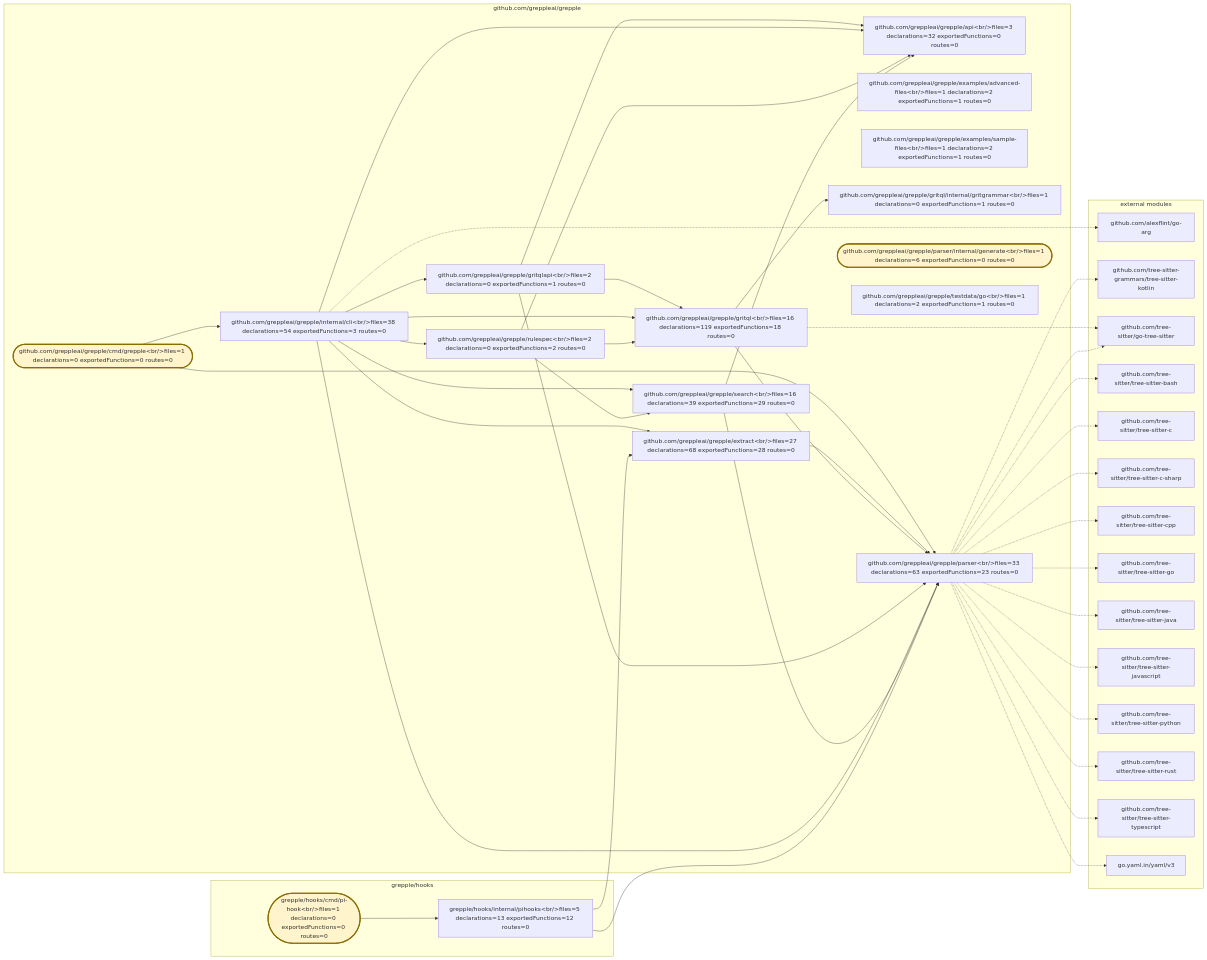
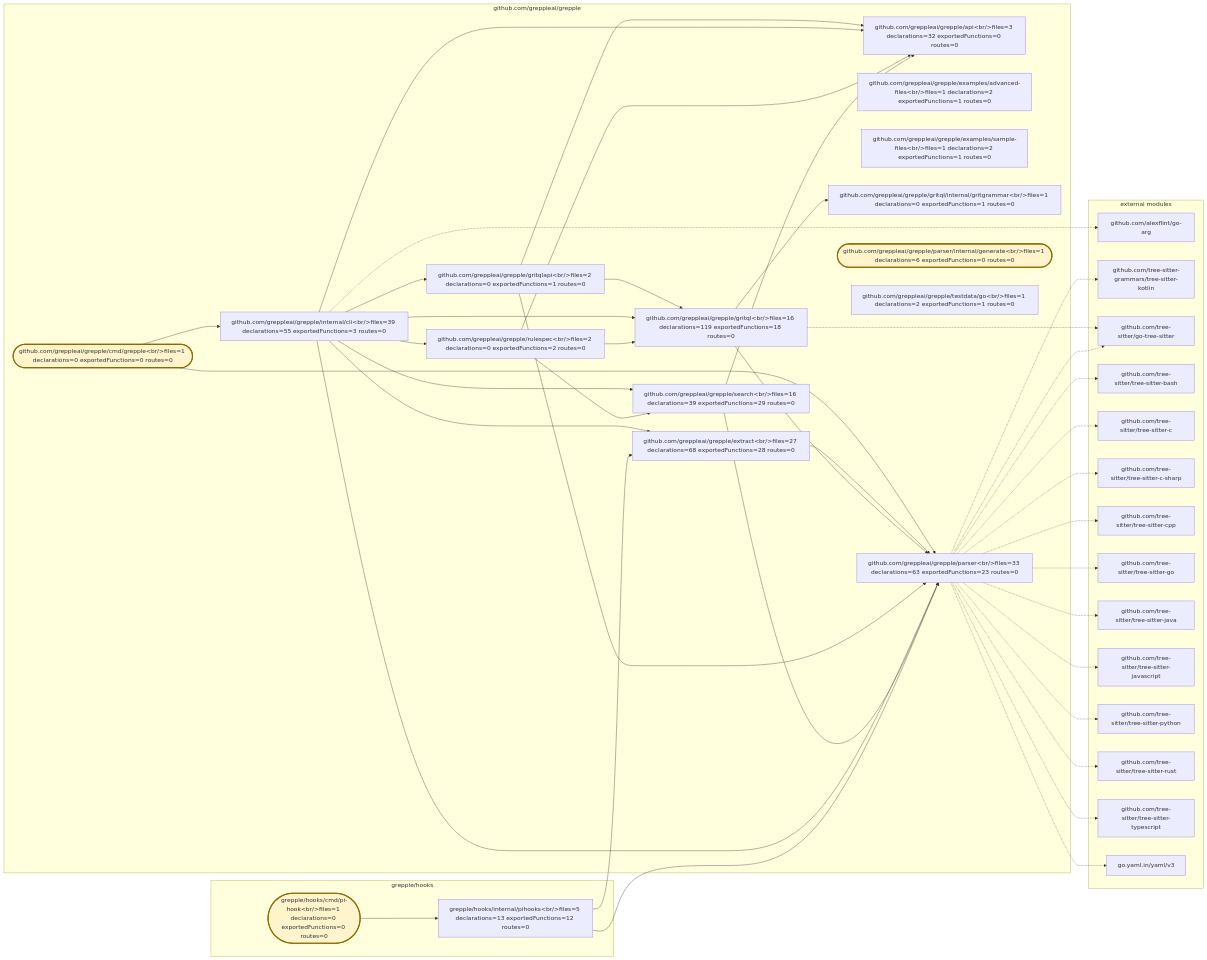
One commit to greppleai/grepple changed the diagram in .grepple/project.workspace/overview.mmd. Above: the diagram before and after it, drawn with Mermaid. The commit also changed 11 other files, not shown here.

```diff
--- a/.grepple/project.workspace/overview.mmd
+++ b/.grepple/project.workspace/overview.mmd
@@ -1,79 +1,79 @@
 flowchart LR
     classDef entrypoint fill:#fff4cc,stroke:#8a6d00,stroke-width:3px
     subgraph module_0["github.com/greppleai/grepple"]
         package_0["github.com/greppleai/grepple/api&lt;br/&gt;files=3 declarations=32 exportedFunctions=0 routes=0"]
         package_1(["github.com/greppleai/grepple/cmd/grepple&lt;br/&gt;files=1 declarations=0 exportedFunctions=0 routes=0"])
         class package_1 entrypoint
         package_2["github.com/greppleai/grepple/examples/advanced-files&lt;br/&gt;files=1 declarations=2 exportedFunctions=1 routes=0"]
         package_3["github.com/greppleai/grepple/examples/sample-files&lt;br/&gt;files=1 declarations=2 exportedFunctions=1 routes=0"]
         package_4["github.com/greppleai/grepple/extract&lt;br/&gt;files=27 declarations=68 exportedFunctions=28 routes=0"]
         package_5["github.com/greppleai/grepple/gritql&lt;br/&gt;files=16 declarations=119 exportedFunctions=18 routes=0"]
         package_6["github.com/greppleai/grepple/gritql/internal/gritgrammar&lt;br/&gt;files=1 declarations=0 exportedFunctions=1 routes=0"]
         package_7["github.com/greppleai/grepple/gritqlapi&lt;br/&gt;files=2 declarations=0 exportedFunctions=1 routes=0"]
-        package_8["github.com/greppleai/grepple/internal/cli&lt;br/&gt;files=38 declarations=54 exportedFunctions=3 routes=0"]
+        package_8["github.com/greppleai/grepple/internal/cli&lt;br/&gt;files=39 declarations=55 exportedFunctions=3 routes=0"]
         package_9["github.com/greppleai/grepple/parser&lt;br/&gt;files=33 declarations=63 exportedFunctions=23 routes=0"]
         package_10(["github.com/greppleai/grepple/parser/internal/generate&lt;br/&gt;files=1 declarations=6 exportedFunctions=0 routes=0"])
         class package_10 entrypoint
         package_11["github.com/greppleai/grepple/rulespec&lt;br/&gt;files=2 declarations=0 exportedFunctions=2 routes=0"]
         package_12["github.com/greppleai/grepple/search&lt;br/&gt;files=16 declarations=39 exportedFunctions=29 routes=0"]
         package_13["github.com/greppleai/grepple/testdata/go&lt;br/&gt;files=1 declarations=2 exportedFunctions=1 routes=0"]
     end
     subgraph module_1["grepple/hooks"]
         package_14(["grepple/hooks/cmd/pi-hook&lt;br/&gt;files=1 declarations=0 exportedFunctions=0 routes=0"])
         class package_14 entrypoint
         package_15["grepple/hooks/internal/pihooks&lt;br/&gt;files=5 declarations=13 exportedFunctions=12 routes=0"]
     end
     package_1 --> package_8
     package_1 --> package_9
     package_4 --> package_9
     package_5 --> package_6
     package_5 --> package_9
     package_7 --> package_0
     package_7 --> package_5
     package_7 --> package_9
     package_8 --> package_0
     package_8 --> package_4
     package_8 --> package_5
     package_8 --> package_7
     package_8 --> package_9
     package_8 --> package_11
     package_8 --> package_12
     package_11 --> package_0
     package_11 --> package_5
     package_11 --> package_12
     package_12 --> package_0
     package_12 --> package_9
     package_14 --> package_15
     package_15 --> package_4
     package_15 --> package_9
     subgraph external_dependencies["external modules"]
         external_0["github.com/alexflint/go-arg"]
         external_1["github.com/tree-sitter-grammars/tree-sitter-kotlin"]
         external_2["github.com/tree-sitter/go-tree-sitter"]
         external_3["github.com/tree-sitter/tree-sitter-bash"]
         external_4["github.com/tree-sitter/tree-sitter-c"]
         external_5["github.com/tree-sitter/tree-sitter-c-sharp"]
         external_6["github.com/tree-sitter/tree-sitter-cpp"]
         external_7["github.com/tree-sitter/tree-sitter-go"]
         external_8["github.com/tree-sitter/tree-sitter-java"]
         external_9["github.com/tree-sitter/tree-sitter-javascript"]
         external_10["github.com/tree-sitter/tree-sitter-python"]
         external_11["github.com/tree-sitter/tree-sitter-rust"]
         external_12["github.com/tree-sitter/tree-sitter-typescript"]
         external_13["go.yaml.in/yaml/v3"]
     end
     package_8 -.-> external_0
     package_9 -.-> external_1
     package_5 -.-> external_2
     package_9 -.-> external_2
     package_9 -.-> external_3
     package_9 -.-> external_4
     package_9 -.-> external_5
     package_9 -.-> external_6
     package_9 -.-> external_7
     package_9 -.-> external_8
     package_9 -.-> external_9
     package_9 -.-> external_10
     package_9 -.-> external_11
     package_9 -.-> external_12
     package_9 -.-> external_13
```
